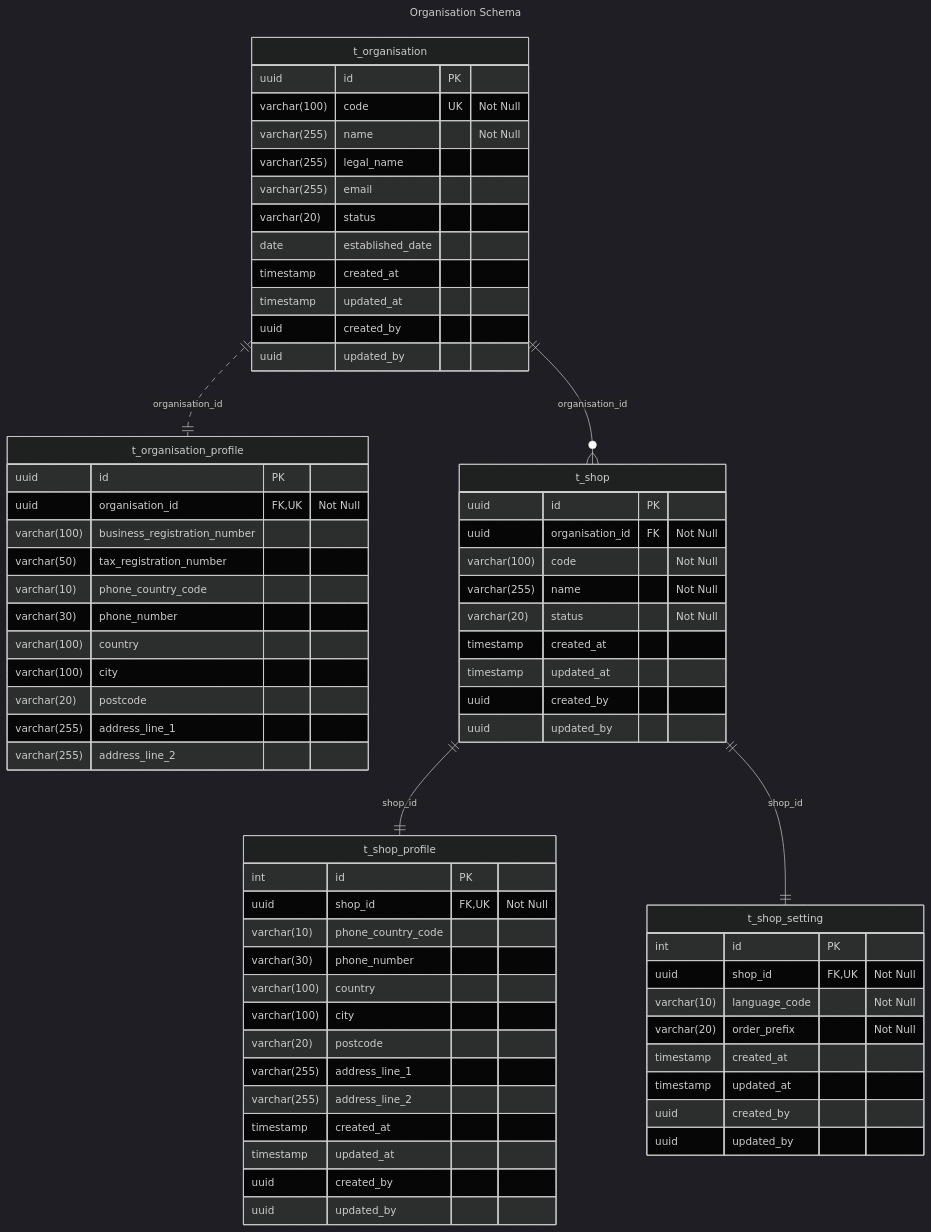
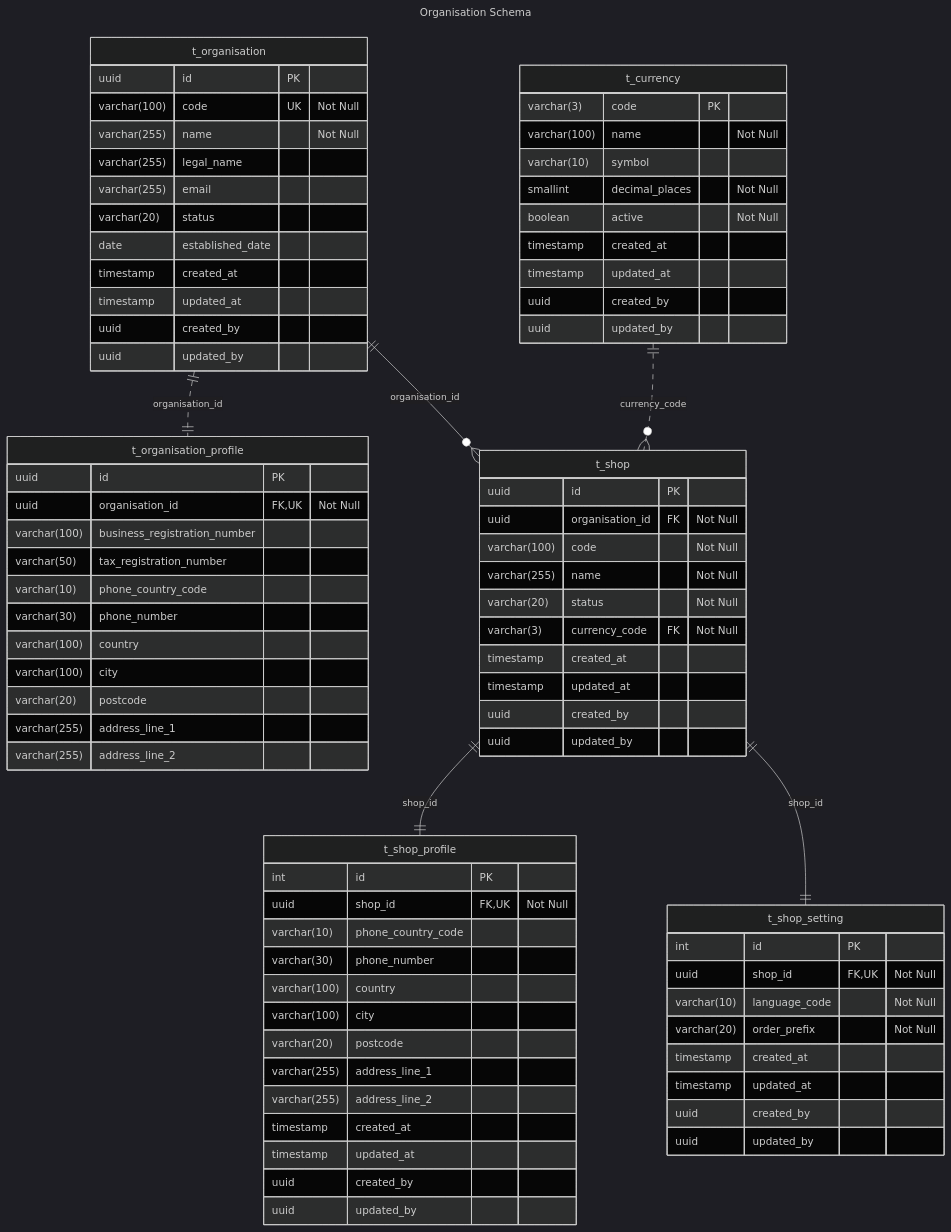
The diagram in database/modules/organisation-erd.md (va4815/stockflow-docs), drawn with Mermaid (dark theme) before and after one commit.

Commit message:
docs: add currency table

```diff
--- a/database/modules/organisation-erd.md
+++ b/database/modules/organisation-erd.md
@@ -69,6 +69,21 @@
     }
     t_organisation ||..|| t_organisation_profile : organisation_id
 
+    t_currency {
+        varchar(3) code PK
+
+        varchar(100) name "Not Null"
+        varchar(10) symbol
+        smallint decimal_places "Not Null"
+        boolean active "Not Null"
+
+        timestamp created_at
+        timestamp updated_at
+        uuid created_by
+        uuid updated_by
+    }
+    t_currency ||..o{ t_shop : currency_code
+
     t_shop {
         uuid id PK
         uuid organisation_id FK "Not Null"
@@ -76,6 +91,8 @@
         varchar(100) code "Not Null"
         varchar(255) name "Not Null"
         varchar(20) status "Not Null"
+
+        varchar(3) currency_code FK "Not Null"
 
         timestamp created_at
         timestamp updated_at
```
